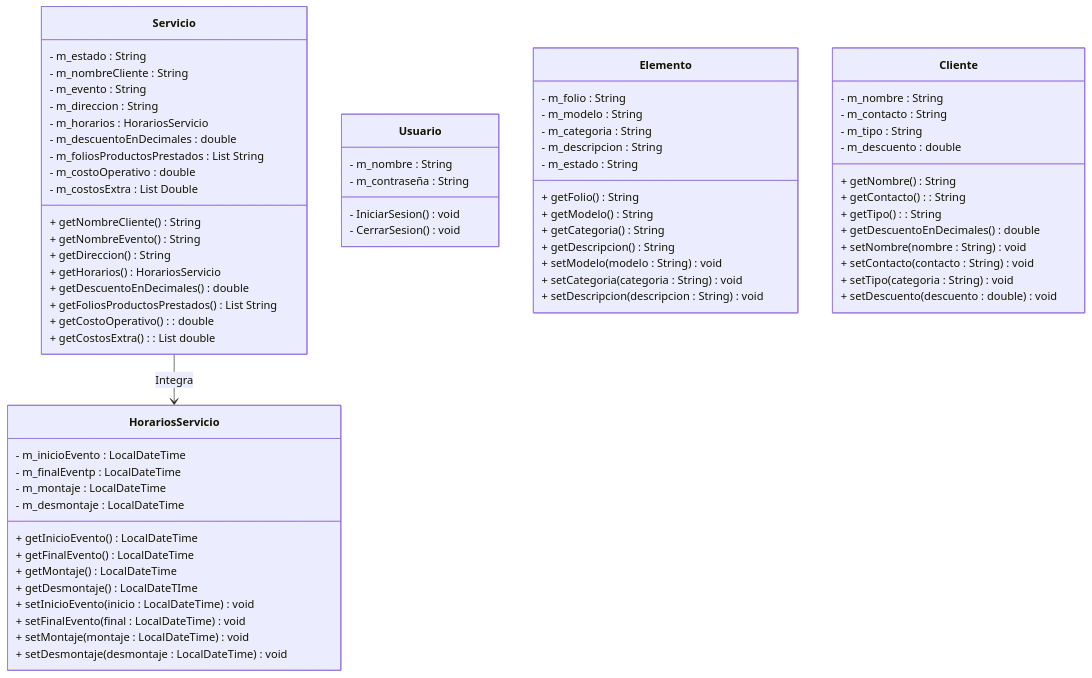
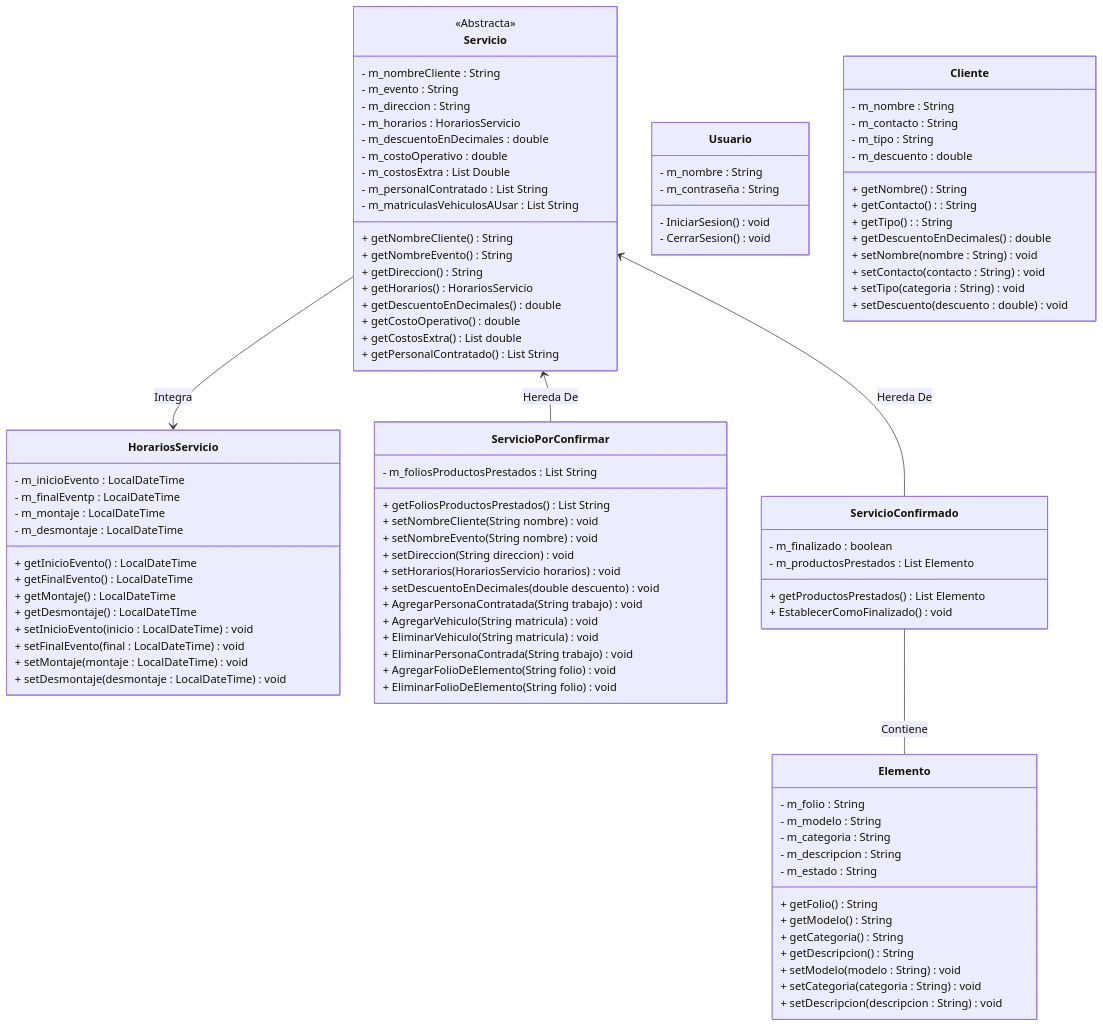
One commit to JuanJoseVargasArvizu/ProyectoPromotoraEventos changed the diagram in Documentacion/Diagramas/DiagramaDeClases.mmd. Above: the diagram before and after it, drawn with Mermaid.

Commit message:
Actualizacion diagrama de clases

```diff
--- a/Documentacion/Diagramas/DiagramaDeClases.mmd
+++ b/Documentacion/Diagramas/DiagramaDeClases.mmd
@@ -1,75 +1,103 @@
 classDiagram
 
 Servicio --> HorariosServicio : Integra
+Servicio <-- ServicioPorConfirmar : Hereda De
+Servicio <-- ServicioConfirmado : Hereda De
+ServicioConfirmado -- Elemento : Contiene
 
 class Usuario{
     - m_nombre : String
     - m_contraseña : String
     - IniciarSesion() void
     - CerrarSesion() void
 }
 
 class Elemento{
     - m_folio : String
     - m_modelo : String
     - m_categoria : String
     - m_descripcion : String
     - m_estado : String
     + getFolio() String
     + getModelo() String
     + getCategoria() String
     + getDescripcion() String
     + setModelo(modelo : String) void
     + setCategoria(categoria : String) void
     + setDescripcion(descripcion : String) void
 }
 
 class Cliente{
     - m_nombre : String
     - m_contacto : String
     - m_tipo : String
     - m_descuento : double
     + getNombre() String
     + getContacto() : String
     + getTipo() : String
     + getDescuentoEnDecimales() double
     + setNombre(nombre : String) void
     + setContacto(contacto : String) void
     + setTipo(categoria : String) void
     + setDescuento(descuento :  double) void
 }
 
 class Servicio{
-    - m_estado : String
+    <<Abstracta>>
     - m_nombreCliente : String 
     - m_evento : String
     - m_direccion : String
     - m_horarios : HorariosServicio
     - m_descuentoEnDecimales : double
-    - m_foliosProductosPrestados : List String
     - m_costoOperativo : double
     - m_costosExtra : List Double
+    - m_personalContratado : List String
+    - m_matriculasVehiculosAUsar : List String
     + getNombreCliente() String
     + getNombreEvento() String
     + getDireccion() String
     + getHorarios() HorariosServicio
     + getDescuentoEnDecimales() double
+    + getCostoOperativo() double
+    + getCostosExtra() List double
+    + getPersonalContratado() List String 
+}
+
+
+class ServicioPorConfirmar{
+    - m_foliosProductosPrestados : List String
     + getFoliosProductosPrestados() List String
-    + getCostoOperativo() : double
-    + getCostosExtra() : List double
+    + setNombreCliente(String nombre) void
+    + setNombreEvento(String nombre) void
+    + setDireccion(String direccion) void
+    + setHorarios(HorariosServicio horarios) void
+    + setDescuentoEnDecimales(double descuento) void
+    + AgregarPersonaContratada(String trabajo) void
+    + AgregarVehiculo(String matricula) void
+    + EliminarVehiculo(String matricula) void
+    + EliminarPersonaContrada(String trabajo) void
+    + AgregarFolioDeElemento(String folio) void
+    + EliminarFolioDeElemento(String folio) void
+}
+
+class ServicioConfirmado{
+    - m_finalizado : boolean
+    - m_productosPrestados : List Elemento
+    + getProductosPrestados() List Elemento
+    + EstablecerComoFinalizado() void
 }
 
 class HorariosServicio{
     - m_inicioEvento : LocalDateTime
     - m_finalEventp : LocalDateTime
     - m_montaje : LocalDateTime
     - m_desmontaje : LocalDateTime
     + getInicioEvento() LocalDateTime
     + getFinalEvento() LocalDateTime
     + getMontaje() LocalDateTime
     + getDesmontaje() LocalDateTIme
     + setInicioEvento(inicio : LocalDateTime) void
     + setFinalEvento(final : LocalDateTime) void
     + setMontaje(montaje : LocalDateTime) void
     + setDesmontaje(desmontaje : LocalDateTime) void
 }
```
